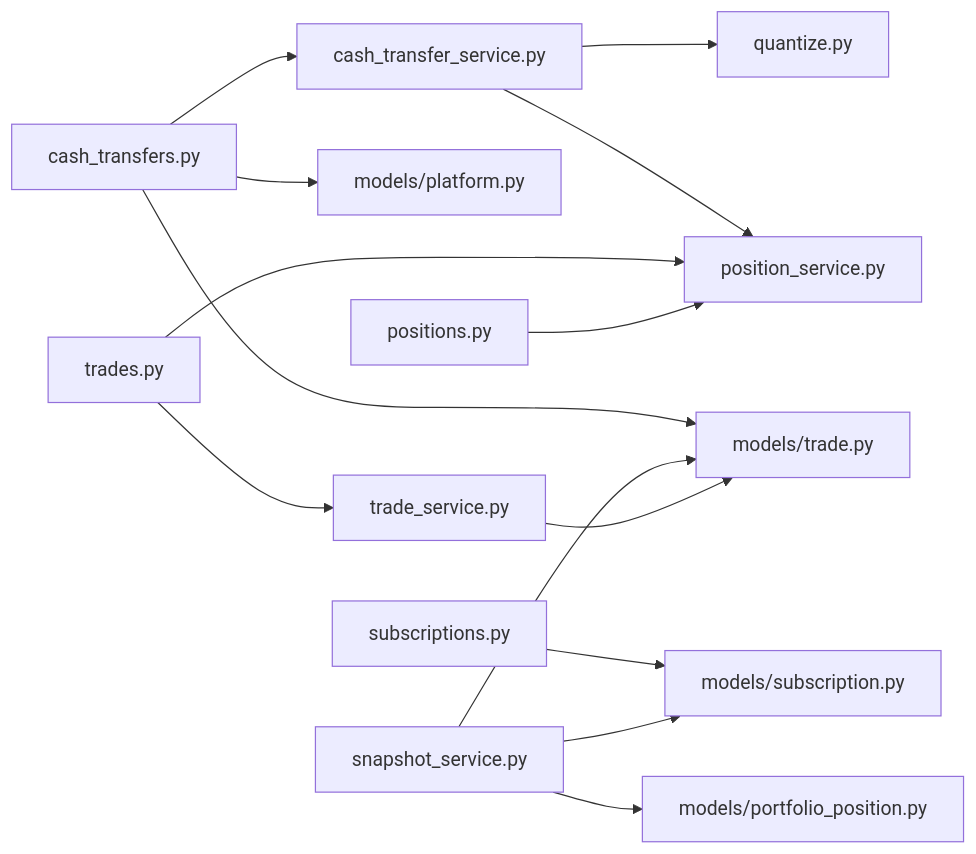
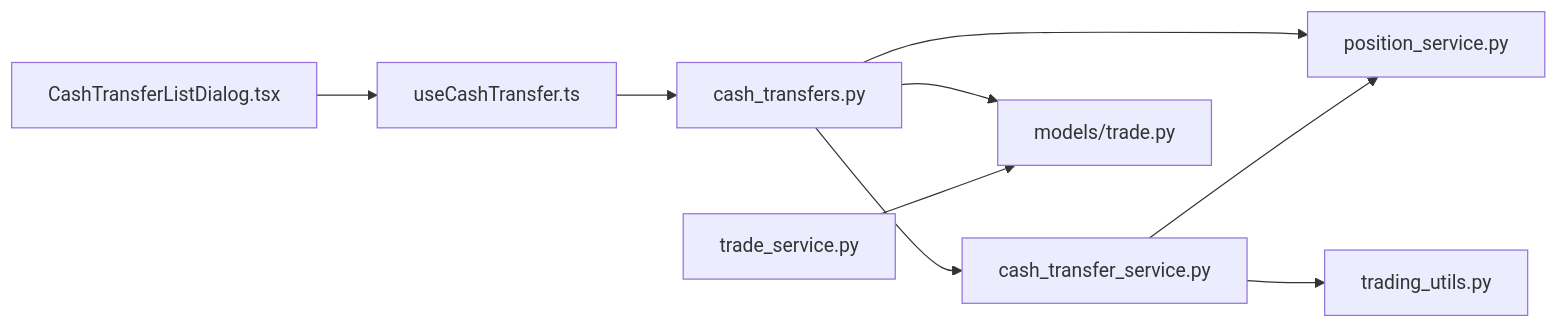
The seventh of 7 diagrams in .qoder/repowiki/zh/content/核心业务功能/平台间现金转移系统.md (gujialind/InvestRing), drawn with Mermaid before and after one commit. The commit also changed other lines of this file and 62 other files, not shown here.

````diff
--- a/.qoder/repowiki/zh/content/核心业务功能/平台间现金转移系统.md
+++ b/.qoder/repowiki/zh/content/核心业务功能/平台间现金转移系统.md
@@ -441,16 +318,11 @@
 ```mermaid
 graph LR
 CT["cash_transfers.py"] --> CS["cash_transfer_service.py"]
-CS --> QZ["quantize.py"]
-CS --> PS["position_service.py"]
+CT --> PS["position_service.py"]
 CT --> TM["models/trade.py"]
-CT --> PL["models/platform.py"]
-TR["trades.py"] --> PS
-TR --> TS["trade_service.py"]
-SB["subscriptions.py"] --> SM["models/subscription.py"]
-PP["positions.py"] --> PS
-SS["snapshot_service.py"] --> TM
-SS --> SM
-SS --> PO["models/portfolio_position.py"]
-TS --> TM
+TS["trade_service.py"] --> TM
+F3["CashTransferListDialog.tsx"] --> F2["useCashTransfer.ts"]
+F2 --> CT
+CS --> PS
+CS --> TU["trading_utils.py"]
 ```
````
